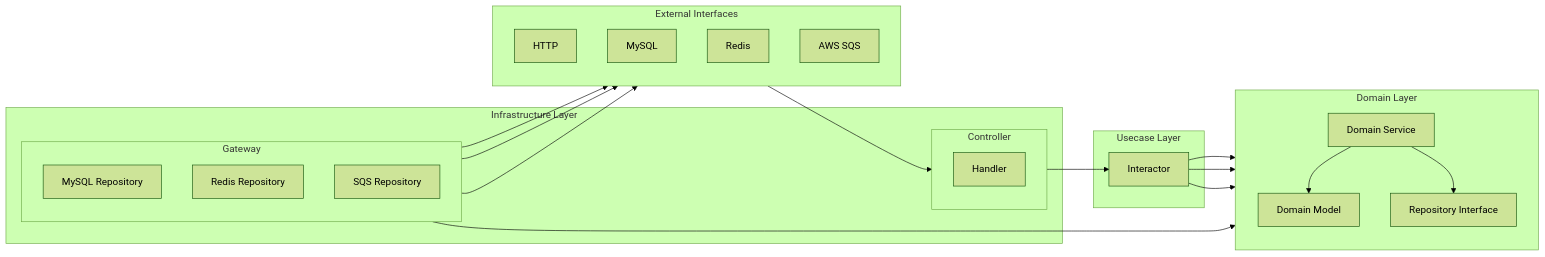
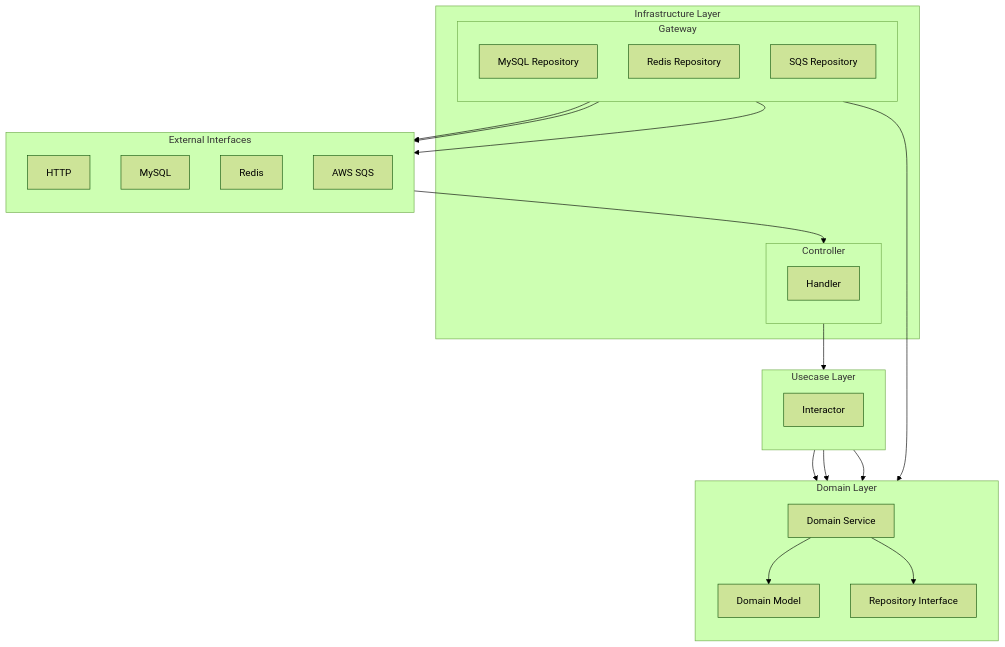
One commit to MoneyForest/go-clean-architecture-boilerplate changed the diagram in README.md. Above: the diagram before and after it, drawn with Mermaid (forest theme).

````diff
--- a/README.md
+++ b/README.md
@@ -12,59 +12,60 @@
 ```mermaid
 %%{init: {"flowchart": {"htmlLabels": true}} }%%
-graph LR
+graph TD
     subgraph External["External Interfaces"]
         direction TB
         HTTP["HTTP"]
         DB["MySQL"]
         CACHE["Redis"]
         SQS["AWS SQS"]
     end
 
     subgraph Infrastructure["Infrastructure Layer"]
         subgraph Controller["Controller"]
             direction TB
             H["Handler"]
         end
         subgraph Gateway["Gateway"]
             direction TB
             MR["MySQL Repository"]
             RR["Redis Repository"]
             SR["SQS Repository"]
         end
     end
 
     subgraph Usecase["Usecase Layer"]
+        direction TB
         I["Interactor"]
     end
 
     subgraph Domain["Domain Layer"]
         direction TB
         DM["Domain Model"]
         DS["Domain Service"]
         RI["Repository Interface"]
     end
 
     %% External → Infrastructure
     HTTP --> H
     MR --> DB
     RR --> CACHE
     SR --> SQS
 
     %% Controller → Usecase
     H --> I
 
     %% Usecase → Domain
     I --> DM
     I --> DS
     I --> RI
     DS --> DM
     DS --> RI
 
     %% Repository Implementations
     Gateway --> RI
 
     classDef domain fill:#e8372c,stroke:#333,stroke-width:2px,color:#fff
     classDef usecase fill:#f58634,stroke:#333,stroke-width:2px,color:#fff
     classDef infra fill:#58aa46,stroke:#333,stroke-width:2px,color:#fff
     classDef external fill:#2c4a9b,stroke:#333,stroke-width:2px,color:#fff
 ```
````
